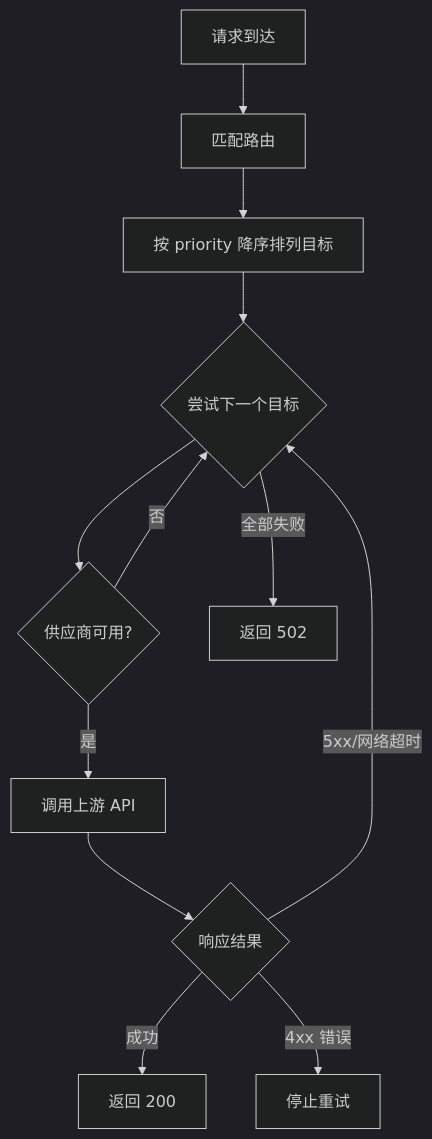
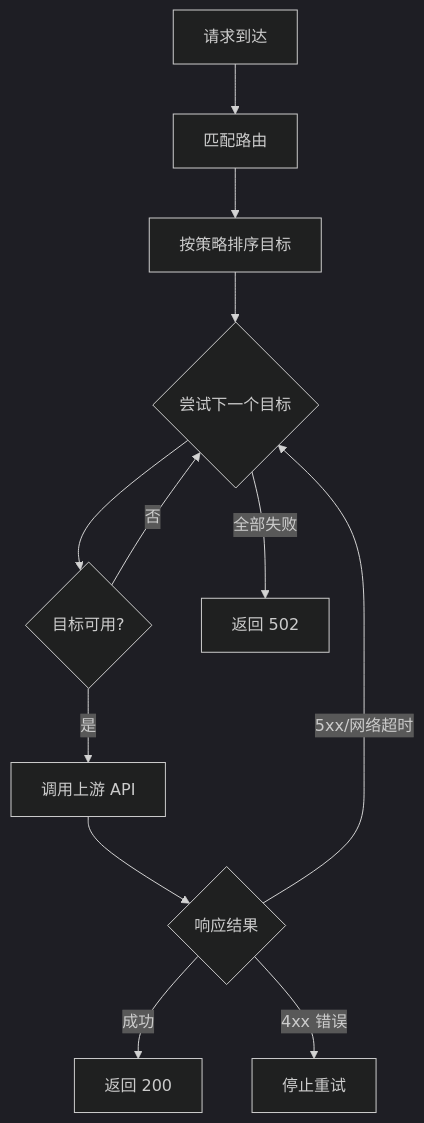
Before and after one commit to rainbowatcher/sag: the third of 3 diagrams in docs/src/routing.md, drawn with Mermaid (dark theme). The commit also changed other lines of this file and 23 other files, not shown here.

````diff
--- a/docs/src/routing.md
+++ b/docs/src/routing.md
@@ -74,14 +247,14 @@
 ```mermaid
 flowchart TD
     A[请求到达] --> B[匹配路由]
-    B --> C[按 priority 降序排列目标]
+    B --> C[按策略排序目标]
     C --> D{尝试下一个目标}
-    D --> E{供应商可用?}
+    D --> E{目标可用?}
     E -->|否| D
     E -->|是| F[调用上游 API]
     F --> G{响应结果}
     G -->|成功| H[返回 200]
     G -->|4xx 错误| I[停止重试]
     G -->|5xx/网络超时| D
     D -->|全部失败| J[返回 502]
 ```
````
